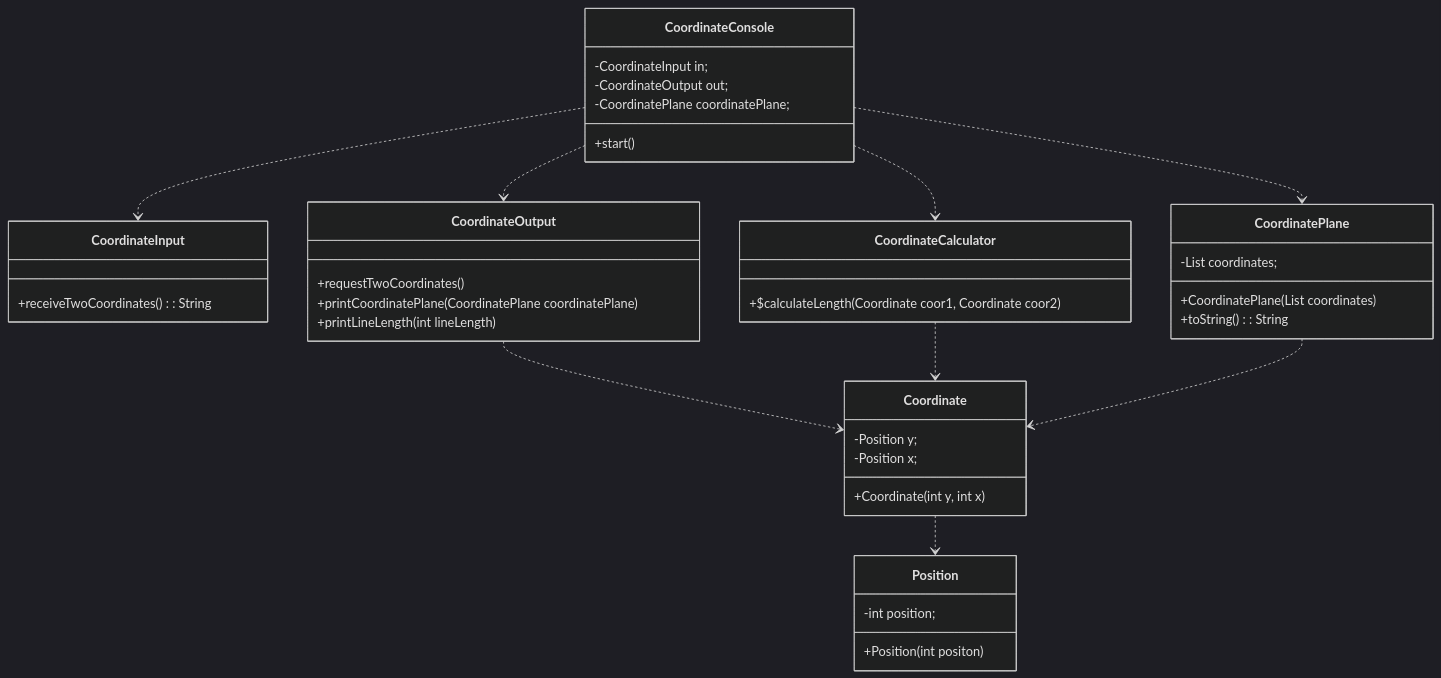
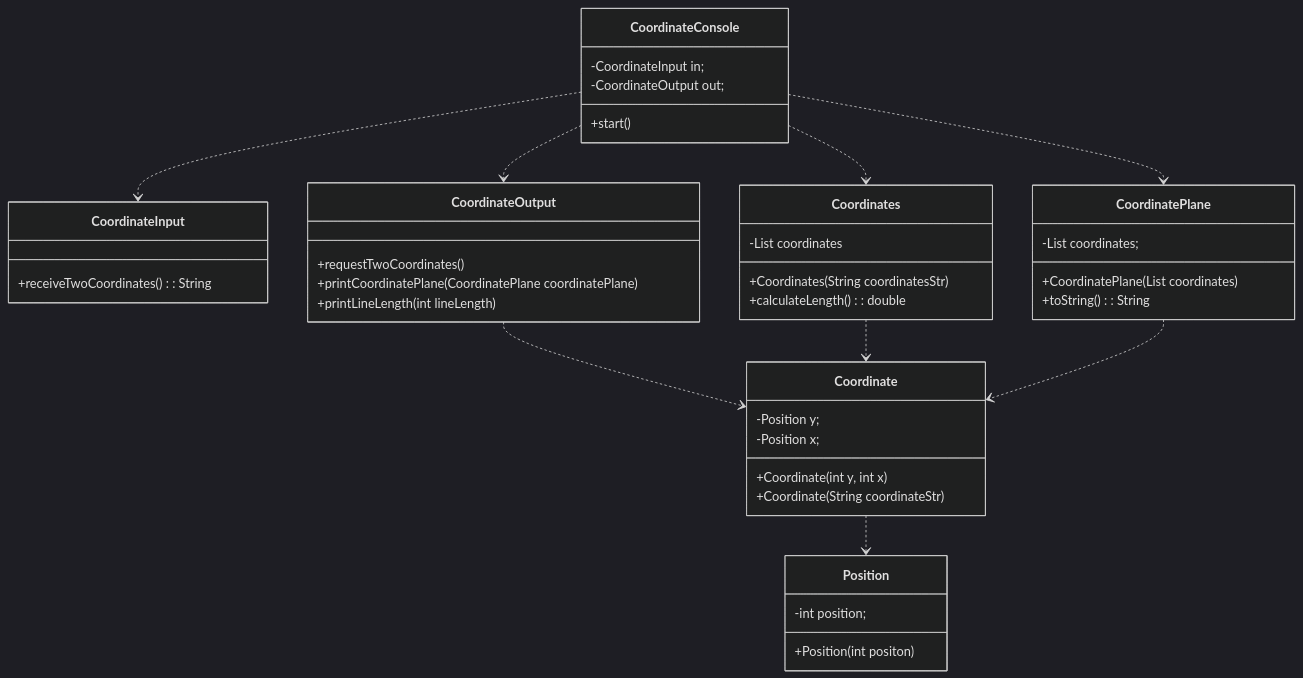
Before and after one commit to next-step/java-coordinate-playground: the diagram in README.md, drawn with Mermaid (dark theme). The commit also changed other lines of this file and 13 other files, not shown here.

````diff
--- a/README.md
+++ b/README.md
@@ -4,52 +4,55 @@
 ```mermaid
 classDiagram
     class CoordinateConsole {
         -CoordinateInput in;
         -CoordinateOutput out;
-        -CoordinatePlane coordinatePlane;
 
         +start()
     }
 
     CoordinateConsole ..> CoordinateInput
     class CoordinateInput {
         +receiveTwoCoordinates(): String
     }
 
     CoordinateConsole ..> CoordinateOutput
     class CoordinateOutput {
         +requestTwoCoordinates()
         +printCoordinatePlane(CoordinatePlane coordinatePlane)
         +printLineLength(int lineLength)
     }
 
-    CoordinateConsole ..> CoordinateCalculator
-    class CoordinateCalculator {
-        +$calculateLength(Coordinate coor1, Coordinate coor2)
+    CoordinateConsole ..> Coordinates
+    class Coordinates {
+        -List coordinates
+
+        +Coordinates(String coordinatesStr)
+        +calculateLength(): double
     }
 
     CoordinateOutput ..> Coordinate
-    CoordinateCalculator ..> Coordinate
+    Coordinates ..> Coordinate
     class Coordinate {
         -Position y;
         -Position x;
 
         +Coordinate(int y, int x)
+        +Coordinate(String coordinateStr)
     }
 
     Coordinate ..> Position
     class Position {
         -int position;
         
         +Position(int positon)
     }
 
     CoordinateConsole ..> CoordinatePlane
     CoordinatePlane ..> Coordinate
     class CoordinatePlane {
         -List<Coordinate> coordinates;
         
         +CoordinatePlane(List<Coordinate> coordinates)
         +toString(): String
     }
 ```
````
